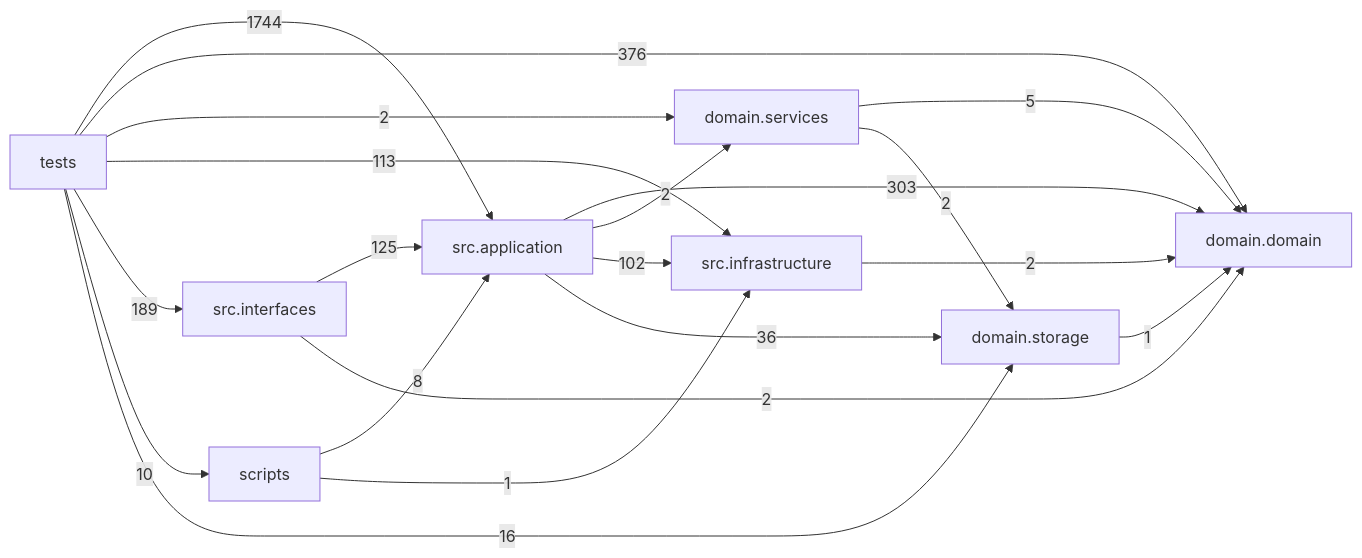
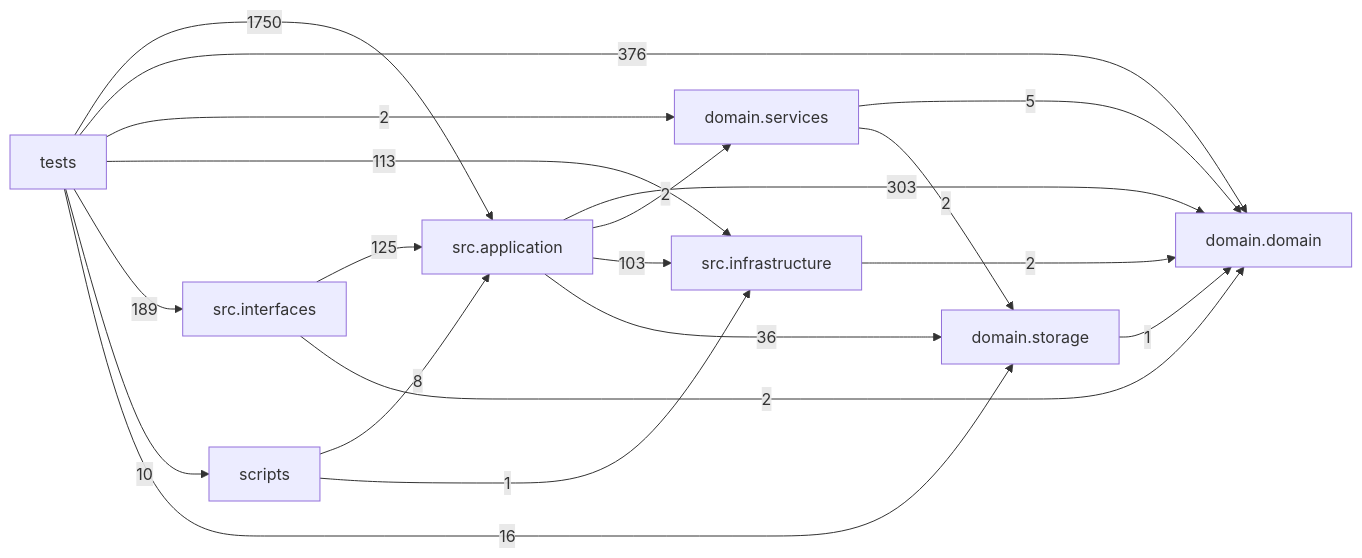
One commit to liuxie066/options-monitor changed the diagram in docs/DEPENDENCY_GRAPH.md. Above: the diagram before and after it, drawn with Mermaid. The commit also changed other lines of this file and 8 other files, not shown here.

````diff
--- a/docs/DEPENDENCY_GRAPH.md
+++ b/docs/DEPENDENCY_GRAPH.md
@@ -24,30 +24,30 @@
 ```mermaid
 flowchart LR
   tests["tests"]
   scripts["scripts"]
   interfaces["src.interfaces"]
   application["src.application"]
   infrastructure["src.infrastructure"]
   domain_services["domain.services"]
   domain["domain.domain"]
   storage["domain.storage"]
   application -->|303| domain
   application -->|2| domain_services
-  application -->|102| infrastructure
+  application -->|103| infrastructure
   application -->|36| storage
   domain_services -->|5| domain
   domain_services -->|2| storage
   infrastructure -->|2| domain
   interfaces -->|125| application
   interfaces -->|2| domain
   scripts -->|8| application
   scripts -->|1| infrastructure
   storage -->|1| domain
-  tests -->|1744| application
+  tests -->|1750| application
   tests -->|376| domain
   tests -->|2| domain_services
   tests -->|113| infrastructure
   tests -->|189| interfaces
   tests -->|10| scripts
   tests -->|16| storage
 ```
````
